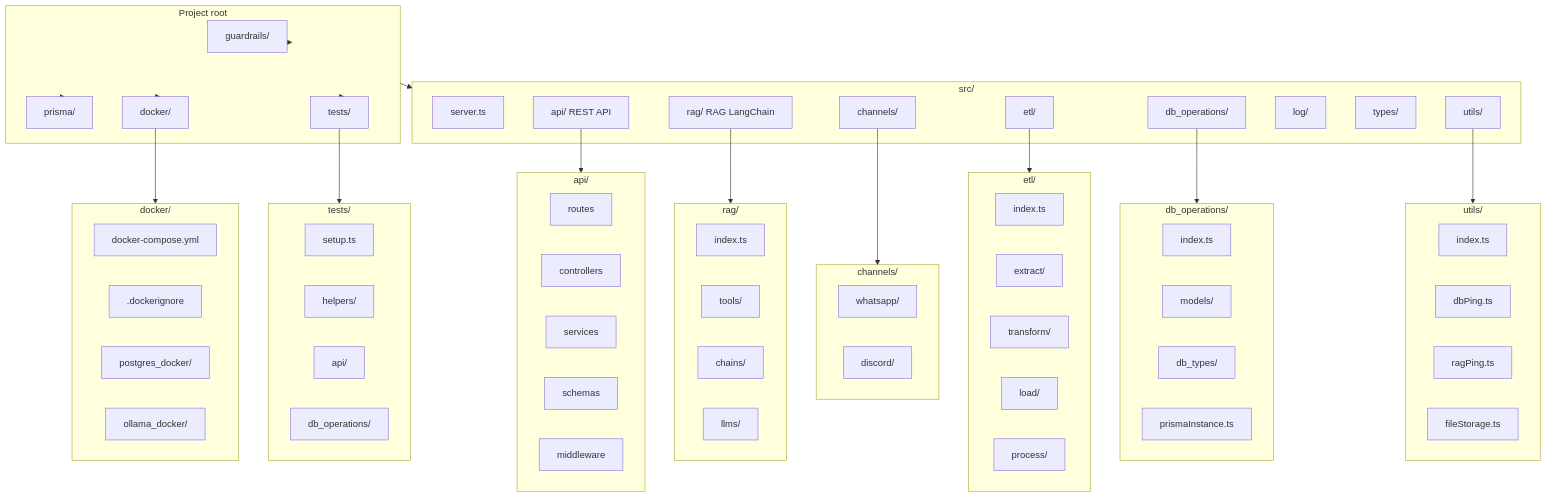
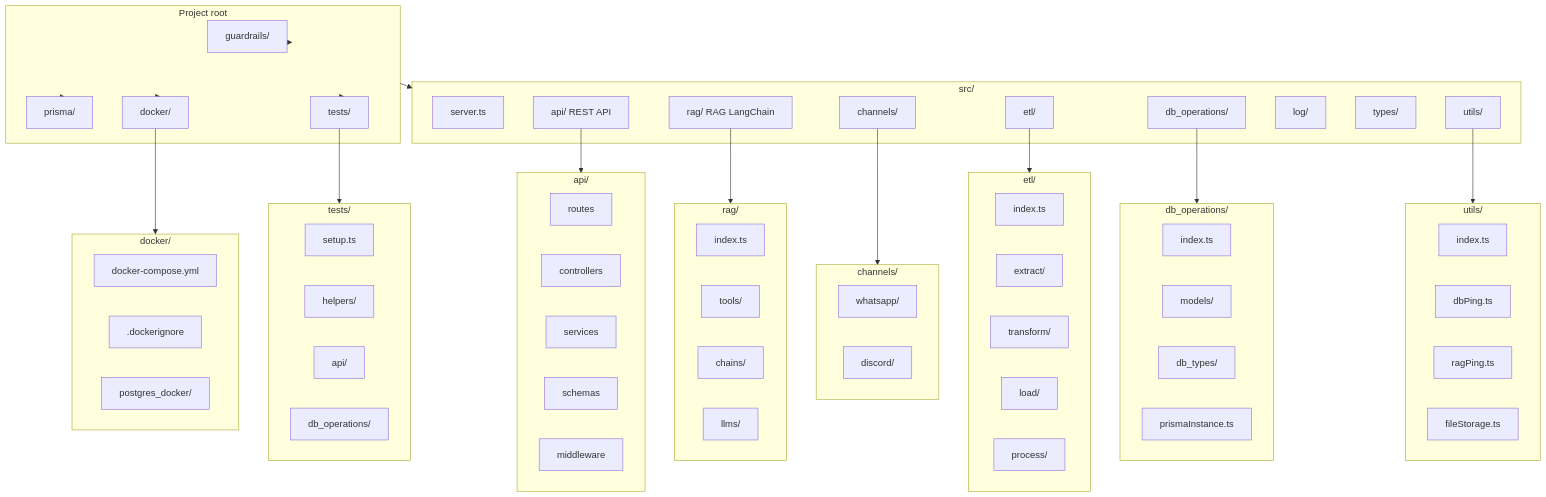
The second of 6 diagrams in docs/project_structure/project-structure.md (sorocode-comunidade/swanytello), drawn with Mermaid before and after one commit. The commit also changed other lines of this file and 27 other files, not shown here.

```diff
--- a/docs/project_structure/project-structure.md
+++ b/docs/project_structure/project-structure.md
@@ -144,7 +144,6 @@
     compose[docker-compose.yml]
     dockerignore[.dockerignore]
     postgres_docker[postgres_docker/]
-    ollama_docker[ollama_docker/]
   end
 
   subgraph tests_detail [tests/]
```
